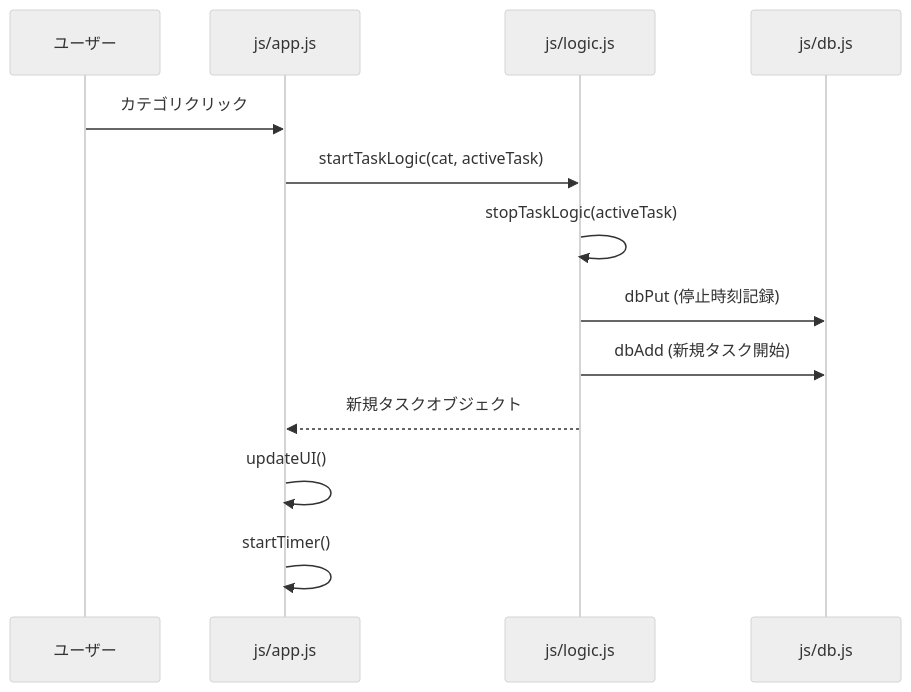
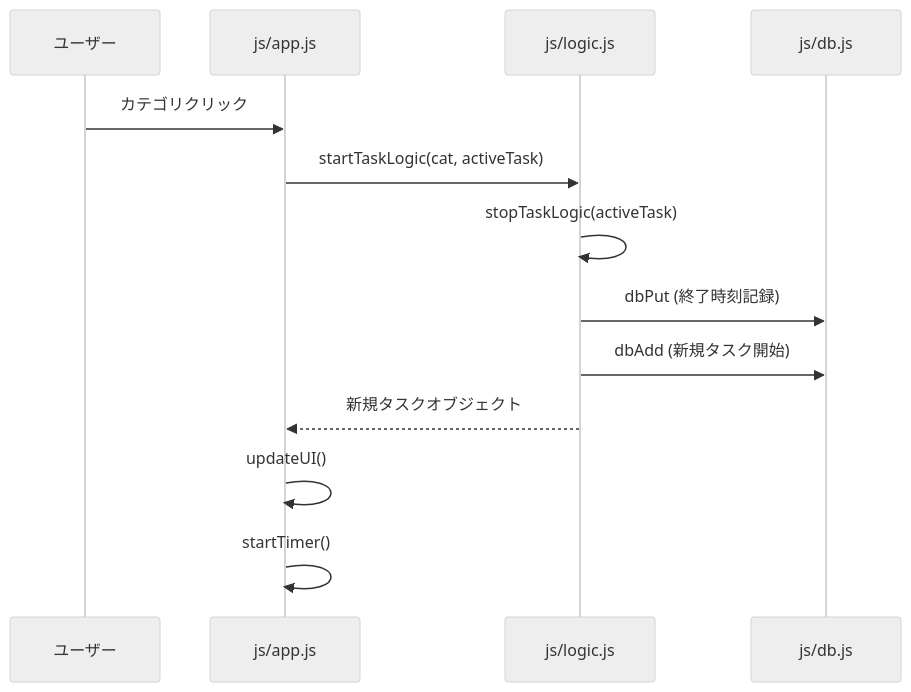
The second of 2 diagrams in docs/README_DEV.md (masanori-satake/QuickLog-Solo), drawn with Mermaid (neutral theme) before and after one commit. The commit also changed other lines of this file and 5 other files, not shown here.

````diff
--- a/docs/README_DEV.md
+++ b/docs/README_DEV.md
@@ -80,16 +80,16 @@
 ```mermaid
 sequenceDiagram
     participant U as ユーザー
     participant A as js/app.js
     participant L as js/logic.js
     participant D as js/db.js
 
     U->>A: カテゴリクリック
     A->>L: startTaskLogic(cat, activeTask)
     L->>L: stopTaskLogic(activeTask)
-    L->>D: dbPut (停止時刻記録)
+    L->>D: dbPut (終了時刻記録)
     L->>D: dbAdd (新規タスク開始)
     L-->>A: 新規タスクオブジェクト
     A->>A: updateUI()
     A->>A: startTimer()
 ```
````
